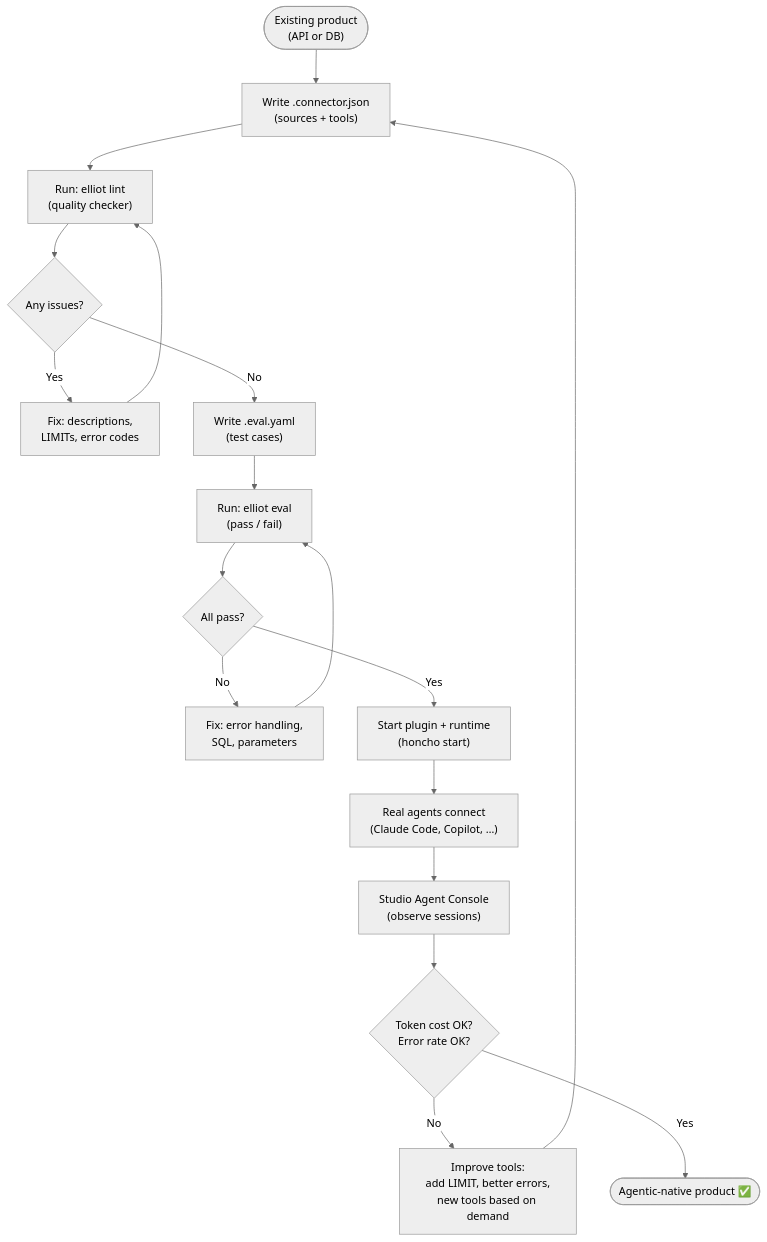
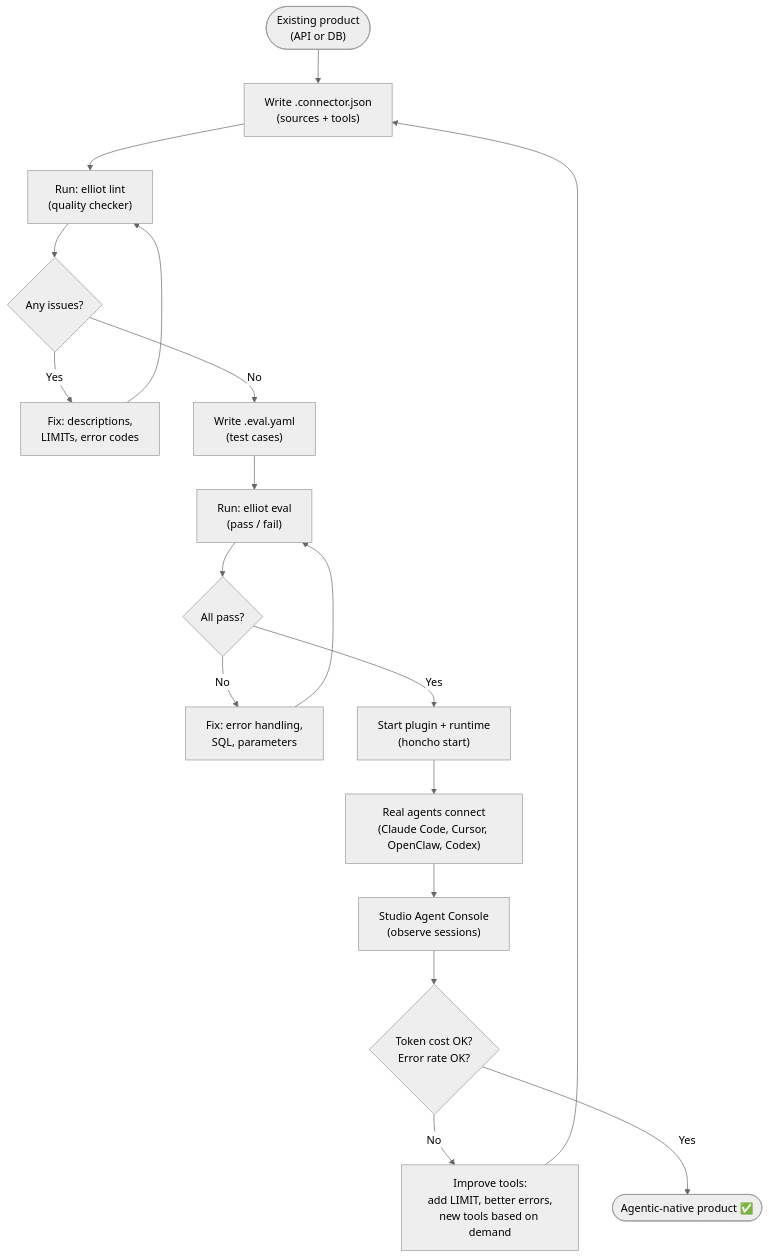
One commit to EliBarak12/Elliot changed the diagram in docs/user-stories.md. Above: the diagram before and after it, drawn with Mermaid (neutral theme). The commit also changed 8 other files, not shown here.

````diff
--- a/docs/user-stories.md
+++ b/docs/user-stories.md
@@ -130,26 +130,26 @@
 ```mermaid
 flowchart TD
     A(["Existing product\n(API or DB)"])
     B["Write .connector.json\n(sources + tools)"]
     C["Run: elliot lint\n(quality checker)"]
     D{"Any issues?"}
     E["Fix: descriptions,\nLIMITs, error codes"]
     F["Write .eval.yaml\n(test cases)"]
     G["Run: elliot eval\n(pass / fail)"] 
     H{"All pass?"}
     I["Fix: error handling,\nSQL, parameters"]
     J["Start plugin + runtime\n(honcho start)"]
-    K["Real agents connect\n(Claude Code, Copilot, …)"]
+    K["Real agents connect\n(Claude Code, Cursor, OpenClaw, Codex)"]
     L["Studio Agent Console\n(observe sessions)"] 
     M{"Token cost OK?\nError rate OK?"}
     N["Improve tools:\nadd LIMIT, better errors,\nnew tools based on demand"]
     O(["Agentic-native product ✅"])
 
     A --> B --> C --> D
     D -->|Yes| E --> C
     D -->|No| F --> G --> H
     H -->|No| I --> G
     H -->|Yes| J --> K --> L --> M
     M -->|No| N --> B
     M -->|Yes| O
 ```
````
